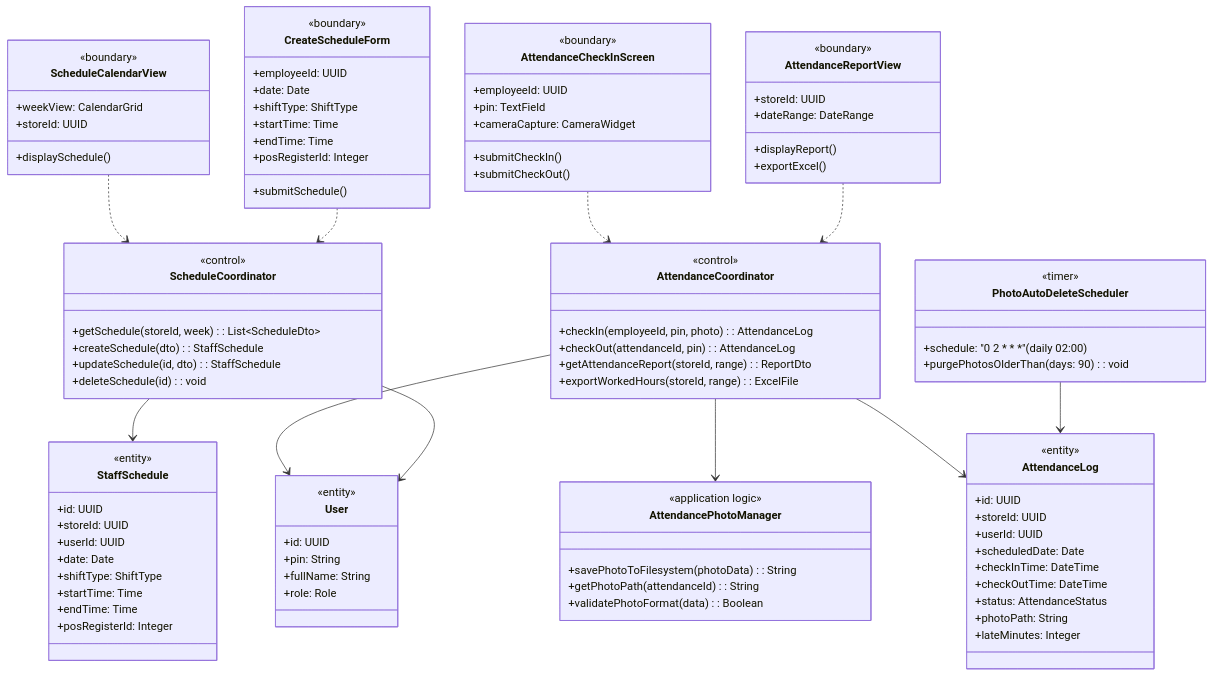
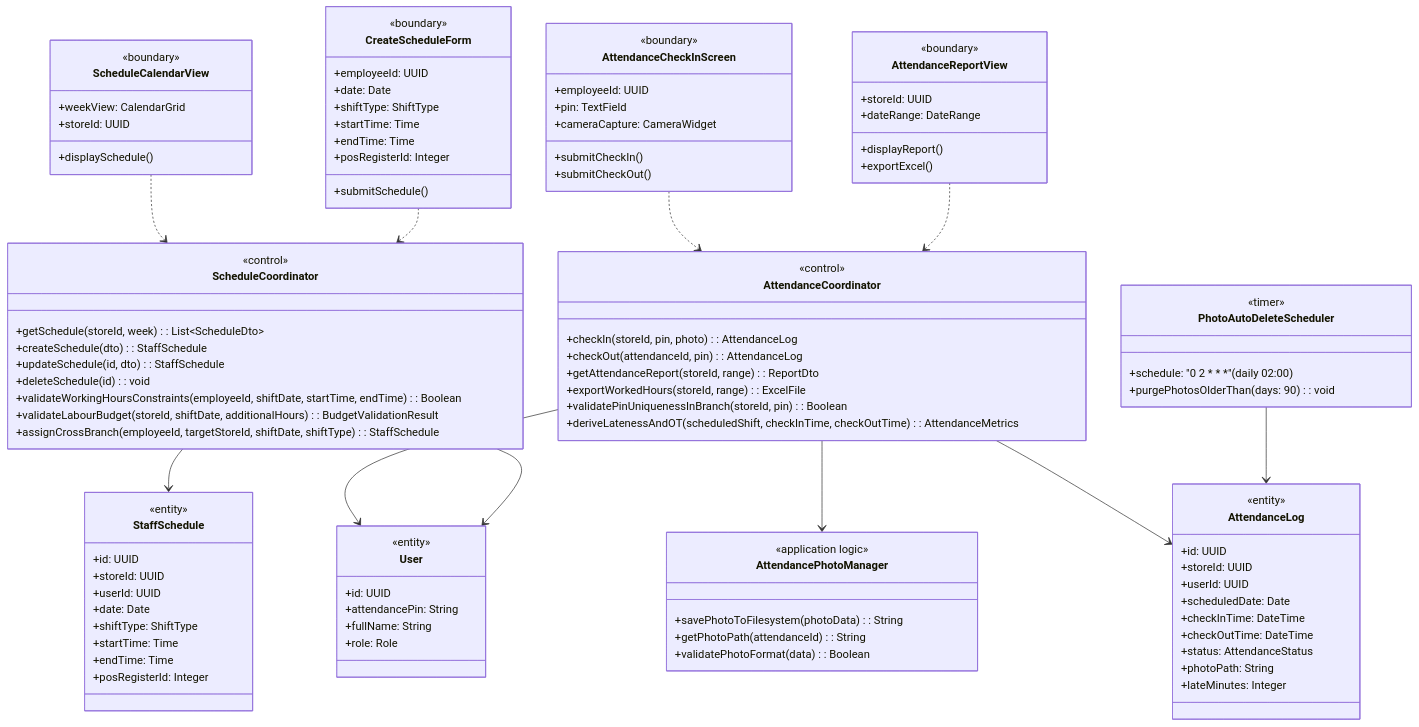
The first of 5 diagrams in rds_sections/12_detailed_3_9_staff_management.md (Shaichi/Khoga_coffe_shop), drawn with Mermaid before and after one commit. The commit also changed other lines of this file and 7 other files, not shown here.

Commit message:
docs: sync RDS database and diagrams with SRS and fix inventory deduction logic

```diff
--- a/rds_sections/12_detailed_3_9_staff_management.md
+++ b/rds_sections/12_detailed_3_9_staff_management.md
@@ -45,13 +45,18 @@
         +createSchedule(dto): StaffSchedule
         +updateSchedule(id, dto): StaffSchedule
         +deleteSchedule(id): void
+        +validateWorkingHoursConstraints(employeeId, shiftDate, startTime, endTime): Boolean
+        +validateLabourBudget(storeId, shiftDate, additionalHours): BudgetValidationResult
+        +assignCrossBranch(employeeId, targetStoreId, shiftDate, shiftType): StaffSchedule
     }
     class AttendanceCoordinator {
         <<control>>
-        +checkIn(employeeId, pin, photo): AttendanceLog
+        +checkIn(storeId, pin, photo): AttendanceLog
         +checkOut(attendanceId, pin): AttendanceLog
         +getAttendanceReport(storeId, range): ReportDto
         +exportWorkedHours(storeId, range): ExcelFile
+        +validatePinUniquenessInBranch(storeId, pin): Boolean
+        +deriveLatenessAndOT(scheduledShift, checkInTime, checkOutTime): AttendanceMetrics
     }
     class AttendancePhotoManager {
         <<application logic>>
@@ -90,7 +95,7 @@
     class User {
         <<entity>>
         +id: UUID
-        +pin: String
+        +attendancePin: String
         +fullName: String
         +role: Role
     }
```
